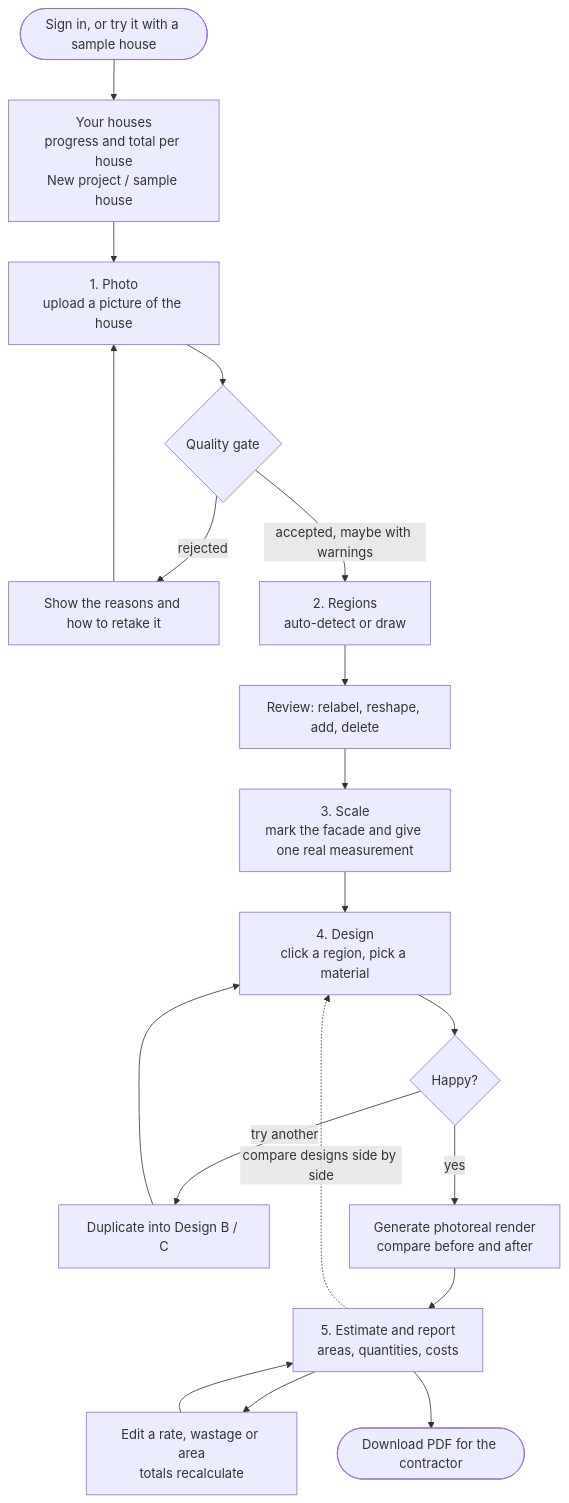
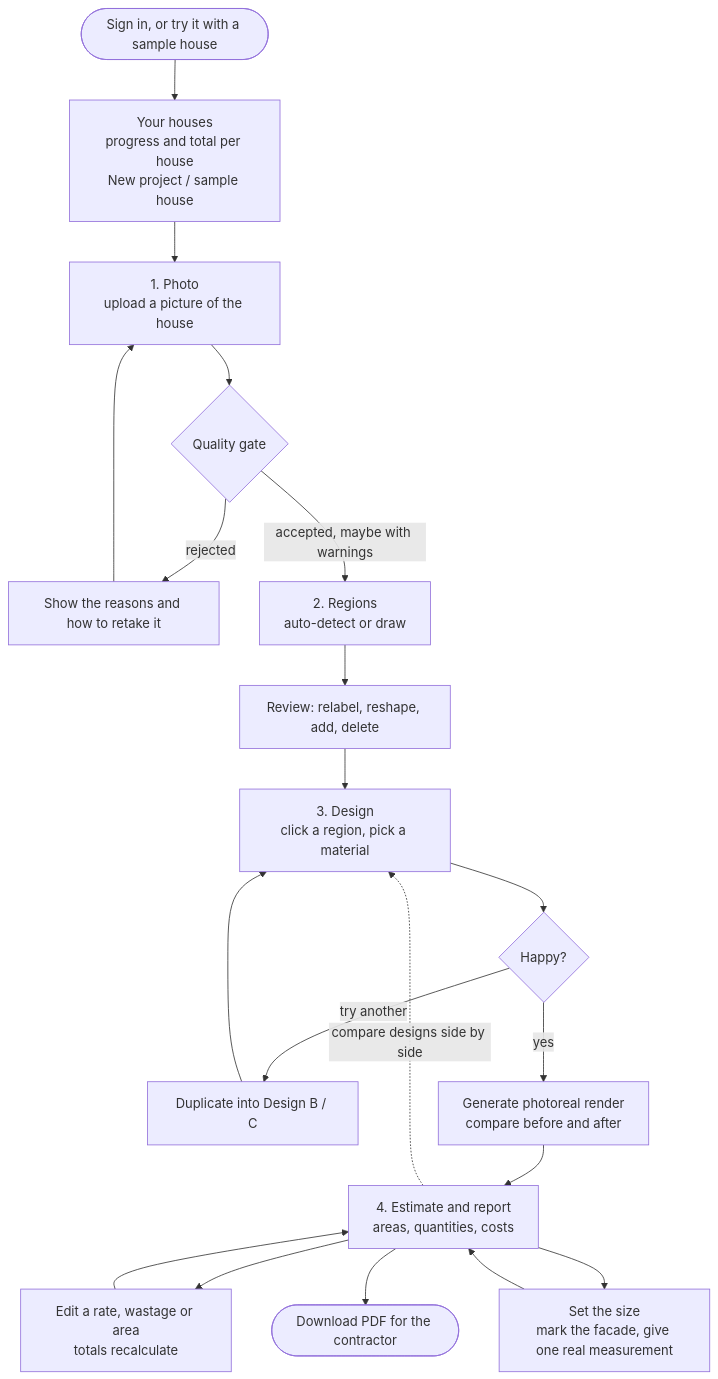
Before and after one commit to DharmikGohil/exterio: the diagram in docs/WORKFLOW.md, drawn with Mermaid. The commit also changed other lines of this file and 32 other files, not shown here.

First line of the commit message:
Move the real-world size into the estimate; the studio has four steps

````diff
--- a/docs/WORKFLOW.md
+++ b/docs/WORKFLOW.md
@@ -6,17 +13,17 @@
 ```mermaid
 flowchart TD
   S([Sign in, or try it with a sample house]) --> L[Your houses<br/>progress and total per house<br/>New project / sample house]
   L --> A[1. Photo<br/>upload a picture of the house]
   A --> Q{Quality gate}
   Q -- rejected --> G[Show the reasons and how to retake it] --> A
   Q -- accepted, maybe with warnings --> B[2. Regions<br/>auto-detect or draw]
-  B --> B2[Review: relabel, reshape, add, delete] --> C
-  C[3. Scale<br/>mark the facade and give one real measurement] --> D
-  D[4. Design<br/>click a region, pick a material] --> D2{Happy?}
+  B --> B2[Review: relabel, reshape, add, delete] --> D
+  D[3. Design<br/>click a region, pick a material] --> D2{Happy?}
   D2 -- try another --> D3[Duplicate into Design B / C] --> D
   D2 -- yes --> R[Generate photoreal render<br/>compare before and after]
-  R --> E[5. Estimate and report<br/>areas, quantities, costs]
+  R --> E[4. Estimate and report<br/>areas, quantities, costs]
   E --> E2[Edit a rate, wastage or area<br/>totals recalculate] --> E
+  E --> SZ[Set the size<br/>mark the facade, give one real measurement] --> E
   E --> F([Download PDF for the contractor])
   E -. compare designs side by side .-> D
 ```
````
